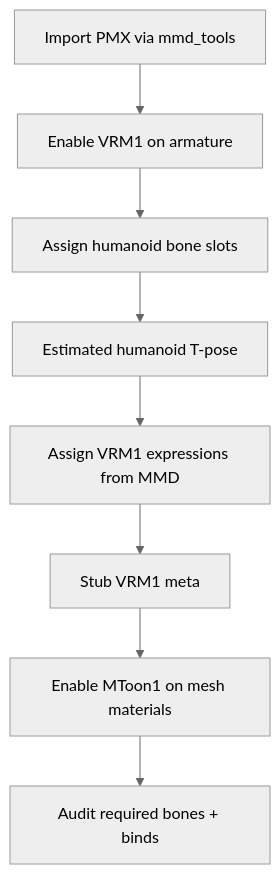
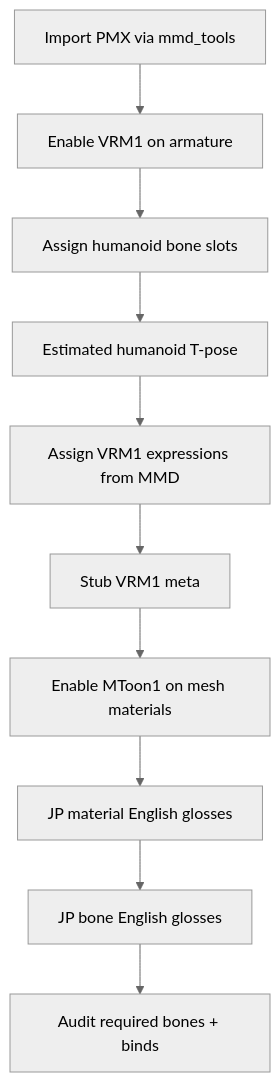
One commit to miramocha/blender-skills-and-rules changed the diagram in skills/mmd-pmx-to-vrm1/SKILL.md. Above: the diagram before and after it, drawn with Mermaid (neutral theme). The commit also changed other lines of this file and 7 other files, not shown here.

````diff
--- a/skills/mmd-pmx-to-vrm1/SKILL.md
+++ b/skills/mmd-pmx-to-vrm1/SKILL.md
@@ -100,12 +100,14 @@
 ```mermaid
 flowchart TD
   importPmx[Import PMX via mmd_tools]
   enableVrm[Enable VRM1 on armature]
   humanoid[Assign humanoid bone slots]
   tpose[Estimated humanoid T-pose]
   exprs[Assign VRM1 expressions from MMD]
   meta[Stub VRM1 meta]
   mtoon[Enable MToon1 on mesh materials]
+  renameMat[JP material English glosses]
+  renameBone[JP bone English glosses]
   audit[Audit required bones + binds]
-  importPmx --> enableVrm --> humanoid --> tpose --> exprs --> meta --> mtoon --> audit
+  importPmx --> enableVrm --> humanoid --> tpose --> exprs --> meta --> mtoon --> renameMat --> renameBone --> audit
 ```
````
